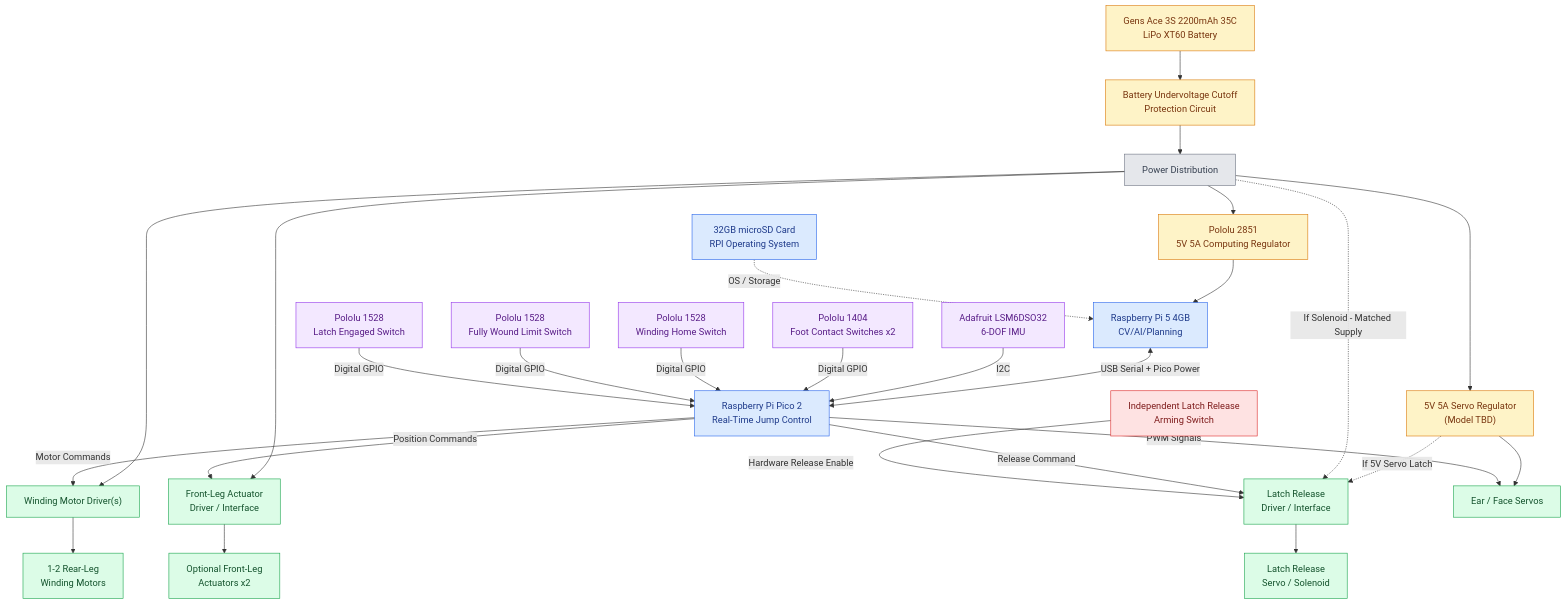
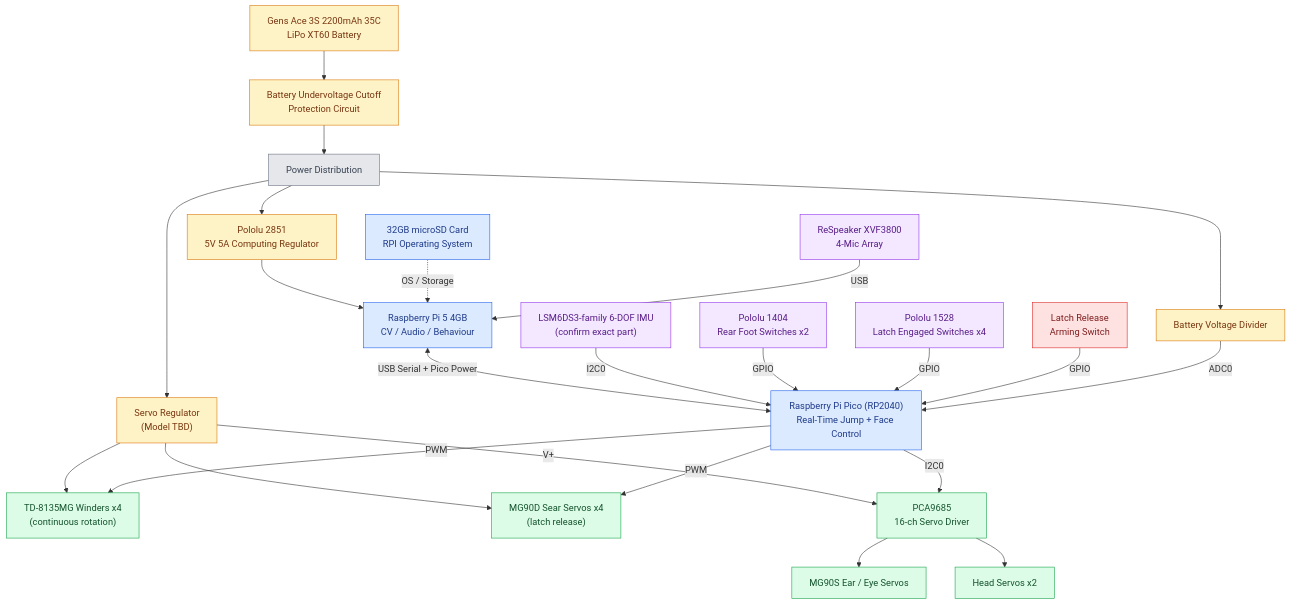
Before and after one commit to reachshreek/Terra-Burrow: the diagram in ElectricalArchitecture.md, drawn with Mermaid. The commit also changed other lines of this file and 12 other files, not shown here.

Commit message:
battery + imu fixes

````diff
--- a/ElectricalArchitecture.md
+++ b/ElectricalArchitecture.md
@@ -22,51 +26,47 @@
 
     REG1["Pololu 2851<br/>5V 5A Computing Regulator"]
 
-    REG2["5V 5A Servo Regulator<br/>(Model TBD)"]
+    REG2["Servo Regulator<br/>(Model TBD)"]
+
+    VDIV["Battery Voltage Divider"]
 
     %% =========================
     %% COMPUTING
     %% =========================
-    RPI["Raspberry Pi 5 4GB<br/>CV/AI/Planning"]
+    RPI["Raspberry Pi 5 4GB<br/>CV / Audio / Behaviour"]
 
-    MCU["Raspberry Pi Pico 2<br/>Real-Time Jump Control"]
+    MCU["Raspberry Pi Pico (RP2040)<br/>Real-Time Jump + Face Control"]
 
     SD["32GB microSD Card<br/>RPI Operating System"]
 
     %% =========================
     %% SENSORS
     %% =========================
-    IMU["Adafruit LSM6DSO32<br/>6-DOF IMU"]
+    IMU["LSM6DS3-family 6-DOF IMU<br/>(confirm exact part)"]
 
-    FOOT["Pololu 1404<br/>Foot Contact Switches x2"]
+    FOOT["Pololu 1404<br/>Rear Foot Switches x2"]
 
-    HOME["Pololu 1528<br/>Winding Home Switch"]
+    LATCHSW["Pololu 1528<br/>Latch Engaged Switches x4"]
 
-    LIMIT["Pololu 1528<br/>Fully Wound Limit Switch"]
-
-    LATCHSW["Pololu 1528<br/>Latch Engaged Switch"]
+    MIC["ReSpeaker XVF3800<br/>4-Mic Array"]
 
     %% =========================
     %% SAFETY
     %% =========================
-    ARM["Independent Latch Release<br/>Arming Switch"]
+    ARM["Latch Release<br/>Arming Switch"]
 
     %% =========================
-    %% ACTUATORS - TBD
+    %% ACTUATORS
     %% =========================
-    DRIVER["Winding Motor Driver(s)"]
+    WIND["TD-8135MG Winders x4<br/>(continuous rotation)"]
 
-    WIND["1-2 Rear-Leg<br/>Winding Motors"]
+    SEAR["MG90D Sear Servos x4<br/>(latch release)"]
 
-    LATCHDRV["Latch Release<br/>Driver / Interface"]
+    PCA["PCA9685<br/>16-ch Servo Driver"]
 
-    LATCH["Latch Release<br/>Servo / Solenoid"]
+    EARS["MG90S Ear / Eye Servos"]
 
-    FRONTDRV["Front-Leg Actuator<br/>Driver / Interface"]
-
-    FRONT["Optional Front-Leg<br/>Actuators x2"]
-
-    EXPRESS["Ear / Face Servos"]
+    HEAD["Head Servos x2"]
 
     %% =========================
     %% POWER CONNECTIONS
@@ -78,13 +78,11 @@
     REG1 --> RPI
 
     PD --> REG2
-    REG2 --> EXPRESS
+    REG2 --> WIND
+    REG2 --> SEAR
+    REG2 -->|"V+"| PCA
 
-    PD --> DRIVER
-    PD --> FRONTDRV
-
-    REG2 -.->|"If 5V Servo Latch"| LATCHDRV
-    PD -.->|"If Solenoid - Matched Supply"| LATCHDRV
+    PD --> VDIV
 
     %% =========================
     %% COMPUTER COMMUNICATION
@@ -93,33 +91,31 @@
 
     RPI <-->|"USB Serial + Pico Power"| MCU
 
+    MIC -->|"USB"| RPI
+
     %% =========================
     %% SENSOR CONNECTIONS
     %% =========================
-    IMU -->|"I2C"| MCU
+    IMU -->|"I2C0"| MCU
 
-    FOOT -->|"Digital GPIO"| MCU
+    FOOT -->|"GPIO"| MCU
 
-    HOME -->|"Digital GPIO"| MCU
+    LATCHSW -->|"GPIO"| MCU
 
-    LIMIT -->|"Digital GPIO"| MCU
+    ARM -->|"GPIO"| MCU
 
-    LATCHSW -->|"Digital GPIO"| MCU
+    VDIV -->|"ADC0"| MCU
 
     %% =========================
     %% ACTUATOR CONTROL
     %% =========================
-    MCU -->|"Motor Commands"| DRIVER
-    DRIVER --> WIND
+    MCU -->|"PWM"| WIND
 
-    MCU -->|"Release Command"| LATCHDRV
-    ARM -->|"Hardware Release Enable"| LATCHDRV
-    LATCHDRV --> LATCH
+    MCU -->|"PWM"| SEAR
 
-    MCU -->|"Position Commands"| FRONTDRV
-    FRONTDRV --> FRONT
-
-    MCU -->|"PWM Signals"| EXPRESS
+    MCU -->|"I2C0"| PCA
+    PCA --> EARS
+    PCA --> HEAD
 
     %% =========================
     %% COLOR STYLING
@@ -132,10 +128,10 @@
     classDef pending fill:#e5e7eb,stroke:#6b7280,color:#374151
 
     class RPI,MCU,SD computer
-    class BAT,UV,REG1,REG2 power
-    class IMU,FOOT,HOME,LIMIT,LATCHSW sensor
+    class BAT,UV,REG1,REG2,VDIV power
+    class IMU,FOOT,LATCHSW,MIC sensor
     class ARM safety
-    class DRIVER,WIND,LATCHDRV,LATCH,FRONTDRV,FRONT,EXPRESS actuator
+    class WIND,SEAR,PCA,EARS,HEAD actuator
     class PD pending
 
 ```
````
